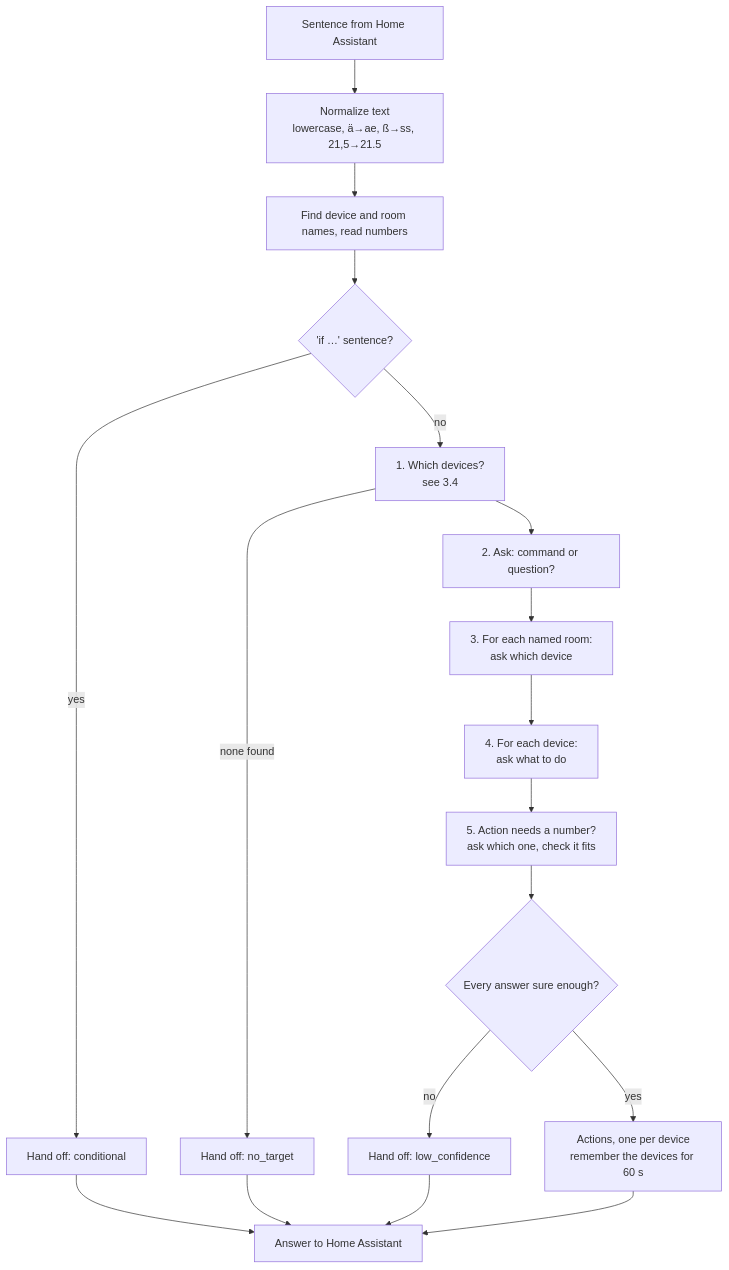
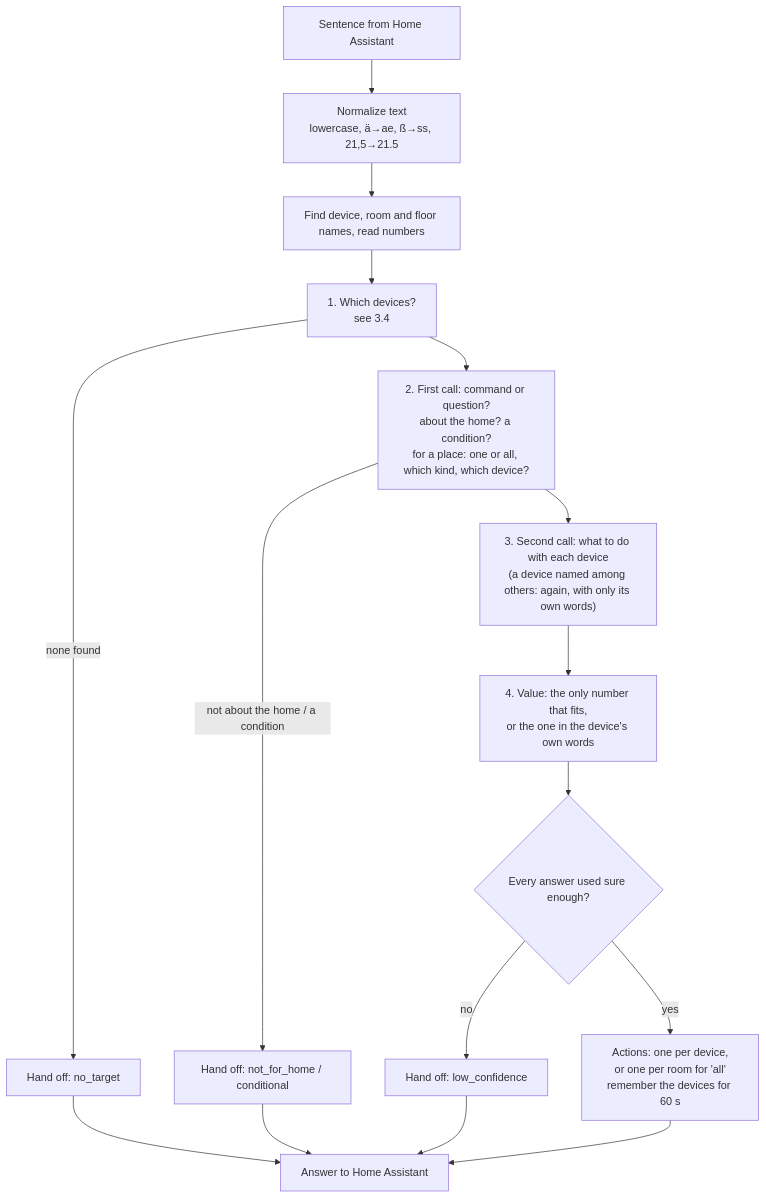
One commit to d00kIe/assist-decider changed the second of 5 diagrams in HOW-IT-WORKS.md. Above: the diagram before and after it, drawn with Mermaid. The commit also changed other lines of this file and 12 other files, not shown here.

````diff
--- a/HOW-IT-WORKS.md
+++ b/HOW-IT-WORKS.md
@@ -241,20 +250,18 @@
 ```mermaid
 flowchart TD
     A["Sentence from Home Assistant"] --> B["Normalize text<br/>lowercase, ä→ae, ß→ss, 21,5→21.5"]
-    B --> C["Find device and room names, read numbers"]
-    C --> D{"'if …' sentence?"}
-    D -- yes --> X["Hand off: conditional"]
-    D -- no --> E["1. Which devices?<br/>see 3.4"]
+    B --> C["Find device, room and floor names, read numbers"]
+    C --> E["1. Which devices?<br/>see 3.4"]
     E -- "none found" --> Y["Hand off: no_target"]
-    E --> F["2. Ask: command or question?"]
-    F --> G["3. For each named room:<br/>ask which device"]
-    G --> H["4. For each device:<br/>ask what to do"]
-    H --> I["5. Action needs a number?<br/>ask which one, check it fits"]
-    I --> K{"Every answer sure enough?"}
+    E --> F["2. First call: command or question?<br/>about the home? a condition?<br/>for a place: one or all, which kind, which device?"]
+    F -- "not about the home / a condition" --> X["Hand off: not_for_home / conditional"]
+    F --> G["3. Second call: what to do with each device<br/>(a device named among others: again, with only its own words)"]
+    G --> I["4. Value: the only number that fits,<br/>or the one in the device's own words"]
+    I --> K{"Every answer used sure enough?"}
     K -- no --> Z["Hand off: low_confidence"]
-    K -- yes --> L["Actions, one per device<br/>remember the devices for 60 s"]
+    K -- yes --> L["Actions: one per device,<br/>or one per room for 'all'<br/>remember the devices for 60 s"]
     X --> R["Answer to Home Assistant"]
     Y --> R
     Z --> R
     L --> R
 ```
````
